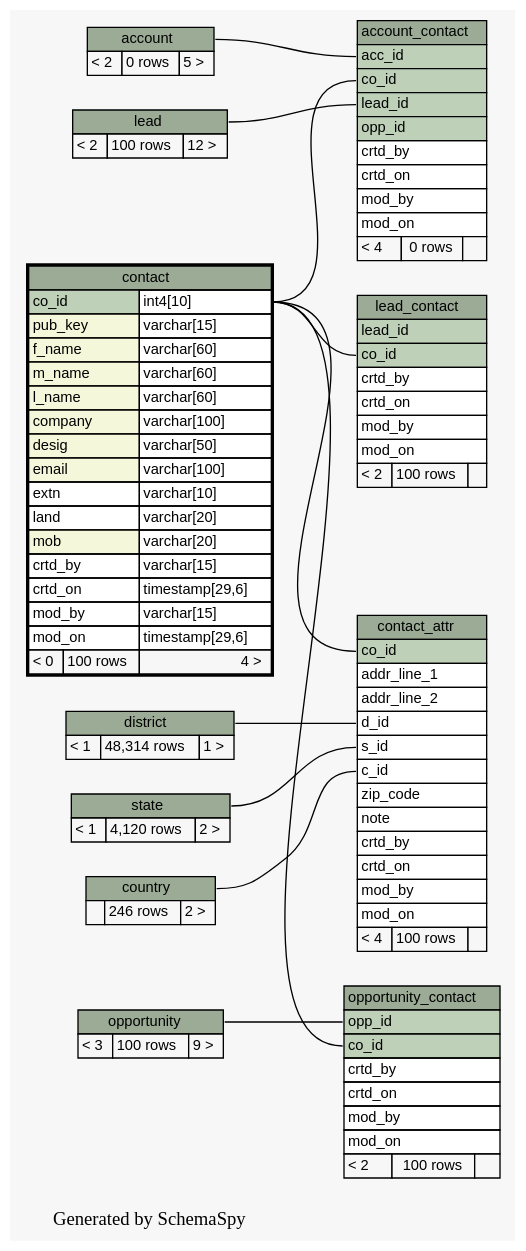
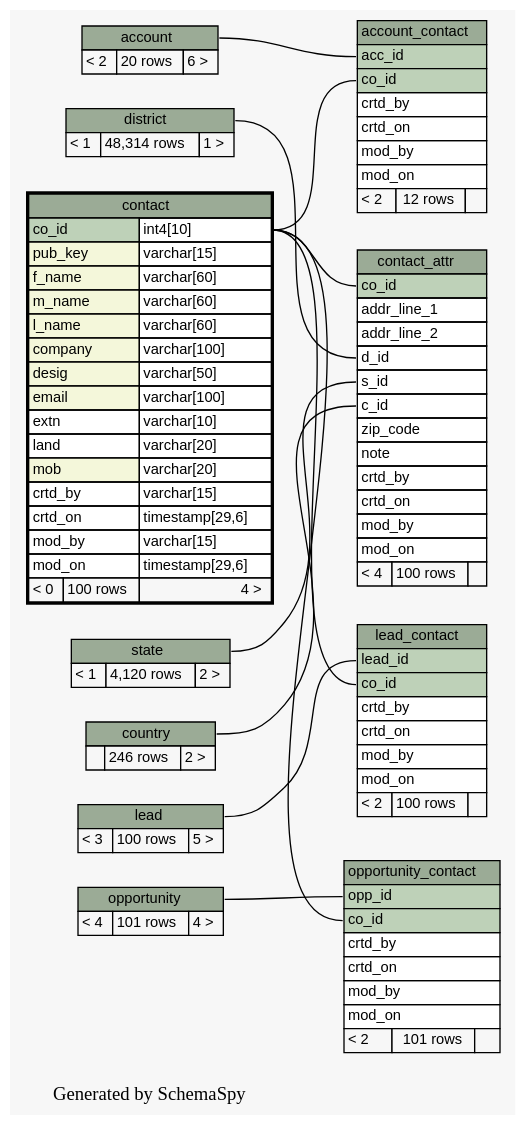
The diagram in docs/database/schemaspy/graphs/contact.2degrees.dot (engineerscraft/salesforce), drawn with Graphviz before and after one commit. The commit also changed 157 other files, not shown here.

```diff
--- a/docs/database/schemaspy/graphs/contact.2degrees.dot
+++ b/docs/database/schemaspy/graphs/contact.2degrees.dot
@@ -1,173 +1,171 @@
 // dot 2.38.0 on Windows 7 6.1
 digraph "twoDegreesRelationshipsGraph" {
   graph [
     rankdir="RL"
     bgcolor="#f7f7f7"
     label="\nGenerated by SchemaSpy"
     labeljust="l"
   ];
   node [
     fontname="Helvetica"
     fontsize="11"
     shape="plaintext"
   ];
   edge [
     arrowsize="0.8"
   ];
   "account_contact":"acc_id":w -> "account":"account.heading":e [arrowtail=crowtee arrowhead=none];
   "account_contact":"co_id":w -> "contact":"co_id.type":e [arrowtail=crowtee arrowhead=none];
-  "account_contact":"lead_id":w -> "lead":"lead.heading":e [arrowtail=crowtee arrowhead=none];
   "contact_attr":"c_id":w -> "country":"country.heading":e [arrowtail=crowodot arrowhead=none];
   "contact_attr":"co_id":w -> "contact":"co_id.type":e [arrowtail=tee arrowhead=none];
   "contact_attr":"d_id":w -> "district":"district.heading":e [arrowtail=crowodot arrowhead=none];
   "contact_attr":"s_id":w -> "state":"state.heading":e [arrowtail=crowodot arrowhead=none];
   "lead_contact":"co_id":w -> "contact":"co_id.type":e [arrowtail=crowtee arrowhead=none];
+  "lead_contact":"lead_id":w -> "lead":"lead.heading":e [arrowtail=crowtee arrowhead=none];
   "opportunity_contact":"co_id":w -> "contact":"co_id.type":e [arrowtail=crowtee arrowhead=none];
   "opportunity_contact":"opp_id":w -> "opportunity":"opportunity.heading":e [arrowtail=crowtee arrowhead=none];
   "account" [
     label=<
     <TABLE BORDER="0" CELLBORDER="1" CELLSPACING="0" BGCOLOR="#ffffff">
       <TR><TD PORT="account.heading" COLSPAN="3" BGCOLOR="#9bab96" ALIGN="CENTER">account</TD></TR>
-      <TR><TD ALIGN="LEFT" BGCOLOR="#f7f7f7">&lt; 2</TD><TD ALIGN="RIGHT" BGCOLOR="#f7f7f7">0 rows</TD><TD ALIGN="RIGHT" BGCOLOR="#f7f7f7">5 &gt;</TD></TR>
+      <TR><TD ALIGN="LEFT" BGCOLOR="#f7f7f7">&lt; 2</TD><TD ALIGN="RIGHT" BGCOLOR="#f7f7f7">20 rows</TD><TD ALIGN="RIGHT" BGCOLOR="#f7f7f7">6 &gt;</TD></TR>
     </TABLE>>
     URL="account.html#graph"
     tooltip="account"
   ];
   "account_contact" [
     label=<
     <TABLE BORDER="0" CELLBORDER="1" CELLSPACING="0" BGCOLOR="#ffffff">
       <TR><TD PORT="account_contact.heading" COLSPAN="3" BGCOLOR="#9bab96" ALIGN="CENTER">account_contact</TD></TR>
       <TR><TD PORT="acc_id" COLSPAN="3" BGCOLOR="#bed1b8" ALIGN="LEFT">acc_id</TD></TR>
       <TR><TD PORT="co_id" COLSPAN="3" BGCOLOR="#bed1b8" ALIGN="LEFT">co_id</TD></TR>
-      <TR><TD PORT="lead_id" COLSPAN="3" BGCOLOR="#bed1b8" ALIGN="LEFT">lead_id</TD></TR>
-      <TR><TD PORT="opp_id" COLSPAN="3" BGCOLOR="#bed1b8" ALIGN="LEFT">opp_id</TD></TR>
       <TR><TD PORT="crtd_by" COLSPAN="3" ALIGN="LEFT">crtd_by</TD></TR>
       <TR><TD PORT="crtd_on" COLSPAN="3" ALIGN="LEFT">crtd_on</TD></TR>
       <TR><TD PORT="mod_by" COLSPAN="3" ALIGN="LEFT">mod_by</TD></TR>
       <TR><TD PORT="mod_on" COLSPAN="3" ALIGN="LEFT">mod_on</TD></TR>
-      <TR><TD ALIGN="LEFT" BGCOLOR="#f7f7f7">&lt; 4</TD><TD ALIGN="RIGHT" BGCOLOR="#f7f7f7">0 rows</TD><TD ALIGN="RIGHT" BGCOLOR="#f7f7f7">  </TD></TR>
+      <TR><TD ALIGN="LEFT" BGCOLOR="#f7f7f7">&lt; 2</TD><TD ALIGN="RIGHT" BGCOLOR="#f7f7f7">12 rows</TD><TD ALIGN="RIGHT" BGCOLOR="#f7f7f7">  </TD></TR>
     </TABLE>>
     URL="account_contact.html#graph"
     tooltip="account_contact"
   ];
   "contact" [
     label=<
     <TABLE BORDER="2" CELLBORDER="1" CELLSPACING="0" BGCOLOR="#ffffff">
       <TR><TD PORT="contact.heading" COLSPAN="3" BGCOLOR="#9bab96" ALIGN="CENTER">contact</TD></TR>
       <TR><TD PORT="co_id" COLSPAN="2" BGCOLOR="#bed1b8" ALIGN="LEFT">co_id</TD><TD PORT="co_id.type" ALIGN="LEFT">int4[10]</TD></TR>
       <TR><TD PORT="pub_key" COLSPAN="2" BGCOLOR="#f4f7da" ALIGN="LEFT">pub_key</TD><TD PORT="pub_key.type" ALIGN="LEFT">varchar[15]</TD></TR>
       <TR><TD PORT="f_name" COLSPAN="2" BGCOLOR="#f4f7da" ALIGN="LEFT">f_name</TD><TD PORT="f_name.type" ALIGN="LEFT">varchar[60]</TD></TR>
       <TR><TD PORT="m_name" COLSPAN="2" BGCOLOR="#f4f7da" ALIGN="LEFT">m_name</TD><TD PORT="m_name.type" ALIGN="LEFT">varchar[60]</TD></TR>
       <TR><TD PORT="l_name" COLSPAN="2" BGCOLOR="#f4f7da" ALIGN="LEFT">l_name</TD><TD PORT="l_name.type" ALIGN="LEFT">varchar[60]</TD></TR>
       <TR><TD PORT="company" COLSPAN="2" BGCOLOR="#f4f7da" ALIGN="LEFT">company</TD><TD PORT="company.type" ALIGN="LEFT">varchar[100]</TD></TR>
       <TR><TD PORT="desig" COLSPAN="2" BGCOLOR="#f4f7da" ALIGN="LEFT">desig</TD><TD PORT="desig.type" ALIGN="LEFT">varchar[50]</TD></TR>
       <TR><TD PORT="email" COLSPAN="2" BGCOLOR="#f4f7da" ALIGN="LEFT">email</TD><TD PORT="email.type" ALIGN="LEFT">varchar[100]</TD></TR>
       <TR><TD PORT="extn" COLSPAN="2" ALIGN="LEFT">extn</TD><TD PORT="extn.type" ALIGN="LEFT">varchar[10]</TD></TR>
       <TR><TD PORT="land" COLSPAN="2" ALIGN="LEFT">land</TD><TD PORT="land.type" ALIGN="LEFT">varchar[20]</TD></TR>
       <TR><TD PORT="mob" COLSPAN="2" BGCOLOR="#f4f7da" ALIGN="LEFT">mob</TD><TD PORT="mob.type" ALIGN="LEFT">varchar[20]</TD></TR>
       <TR><TD PORT="crtd_by" COLSPAN="2" ALIGN="LEFT">crtd_by</TD><TD PORT="crtd_by.type" ALIGN="LEFT">varchar[15]</TD></TR>
       <TR><TD PORT="crtd_on" COLSPAN="2" ALIGN="LEFT">crtd_on</TD><TD PORT="crtd_on.type" ALIGN="LEFT">timestamp[29,6]</TD></TR>
       <TR><TD PORT="mod_by" COLSPAN="2" ALIGN="LEFT">mod_by</TD><TD PORT="mod_by.type" ALIGN="LEFT">varchar[15]</TD></TR>
       <TR><TD PORT="mod_on" COLSPAN="2" ALIGN="LEFT">mod_on</TD><TD PORT="mod_on.type" ALIGN="LEFT">timestamp[29,6]</TD></TR>
       <TR><TD ALIGN="LEFT" BGCOLOR="#f7f7f7">&lt; 0</TD><TD ALIGN="RIGHT" BGCOLOR="#f7f7f7">100 rows</TD><TD ALIGN="RIGHT" BGCOLOR="#f7f7f7">4 &gt;</TD></TR>
     </TABLE>>
     URL="contact.html#"
     tooltip="contact"
   ];
   "contact_attr" [
     label=<
     <TABLE BORDER="0" CELLBORDER="1" CELLSPACING="0" BGCOLOR="#ffffff">
       <TR><TD PORT="contact_attr.heading" COLSPAN="3" BGCOLOR="#9bab96" ALIGN="CENTER">contact_attr</TD></TR>
       <TR><TD PORT="co_id" COLSPAN="3" BGCOLOR="#bed1b8" ALIGN="LEFT">co_id</TD></TR>
       <TR><TD PORT="addr_line_1" COLSPAN="3" ALIGN="LEFT">addr_line_1</TD></TR>
       <TR><TD PORT="addr_line_2" COLSPAN="3" ALIGN="LEFT">addr_line_2</TD></TR>
       <TR><TD PORT="d_id" COLSPAN="3" ALIGN="LEFT">d_id</TD></TR>
       <TR><TD PORT="s_id" COLSPAN="3" ALIGN="LEFT">s_id</TD></TR>
       <TR><TD PORT="c_id" COLSPAN="3" ALIGN="LEFT">c_id</TD></TR>
       <TR><TD PORT="zip_code" COLSPAN="3" ALIGN="LEFT">zip_code</TD></TR>
       <TR><TD PORT="note" COLSPAN="3" ALIGN="LEFT">note</TD></TR>
       <TR><TD PORT="crtd_by" COLSPAN="3" ALIGN="LEFT">crtd_by</TD></TR>
       <TR><TD PORT="crtd_on" COLSPAN="3" ALIGN="LEFT">crtd_on</TD></TR>
       <TR><TD PORT="mod_by" COLSPAN="3" ALIGN="LEFT">mod_by</TD></TR>
       <TR><TD PORT="mod_on" COLSPAN="3" ALIGN="LEFT">mod_on</TD></TR>
       <TR><TD ALIGN="LEFT" BGCOLOR="#f7f7f7">&lt; 4</TD><TD ALIGN="RIGHT" BGCOLOR="#f7f7f7">100 rows</TD><TD ALIGN="RIGHT" BGCOLOR="#f7f7f7">  </TD></TR>
     </TABLE>>
     URL="contact_attr.html#graph"
     tooltip="contact_attr"
   ];
   "country" [
     label=<
     <TABLE BORDER="0" CELLBORDER="1" CELLSPACING="0" BGCOLOR="#ffffff">
       <TR><TD PORT="country.heading" COLSPAN="3" BGCOLOR="#9bab96" ALIGN="CENTER">country</TD></TR>
       <TR><TD ALIGN="LEFT" BGCOLOR="#f7f7f7">  </TD><TD ALIGN="RIGHT" BGCOLOR="#f7f7f7">246 rows</TD><TD ALIGN="RIGHT" BGCOLOR="#f7f7f7">2 &gt;</TD></TR>
     </TABLE>>
     URL="country.html#graph"
     tooltip="country"
   ];
   "district" [
     label=<
     <TABLE BORDER="0" CELLBORDER="1" CELLSPACING="0" BGCOLOR="#ffffff">
       <TR><TD PORT="district.heading" COLSPAN="3" BGCOLOR="#9bab96" ALIGN="CENTER">district</TD></TR>
       <TR><TD ALIGN="LEFT" BGCOLOR="#f7f7f7">&lt; 1</TD><TD ALIGN="RIGHT" BGCOLOR="#f7f7f7">48,314 rows</TD><TD ALIGN="RIGHT" BGCOLOR="#f7f7f7">1 &gt;</TD></TR>
     </TABLE>>
     URL="district.html#graph"
     tooltip="district"
   ];
   "lead" [
     label=<
     <TABLE BORDER="0" CELLBORDER="1" CELLSPACING="0" BGCOLOR="#ffffff">
       <TR><TD PORT="lead.heading" COLSPAN="3" BGCOLOR="#9bab96" ALIGN="CENTER">lead</TD></TR>
-      <TR><TD ALIGN="LEFT" BGCOLOR="#f7f7f7">&lt; 2</TD><TD ALIGN="RIGHT" BGCOLOR="#f7f7f7">100 rows</TD><TD ALIGN="RIGHT" BGCOLOR="#f7f7f7">12 &gt;</TD></TR>
+      <TR><TD ALIGN="LEFT" BGCOLOR="#f7f7f7">&lt; 3</TD><TD ALIGN="RIGHT" BGCOLOR="#f7f7f7">100 rows</TD><TD ALIGN="RIGHT" BGCOLOR="#f7f7f7">5 &gt;</TD></TR>
     </TABLE>>
     URL="lead.html#graph"
     tooltip="lead"
   ];
   "lead_contact" [
     label=<
     <TABLE BORDER="0" CELLBORDER="1" CELLSPACING="0" BGCOLOR="#ffffff">
       <TR><TD PORT="lead_contact.heading" COLSPAN="3" BGCOLOR="#9bab96" ALIGN="CENTER">lead_contact</TD></TR>
       <TR><TD PORT="lead_id" COLSPAN="3" BGCOLOR="#bed1b8" ALIGN="LEFT">lead_id</TD></TR>
       <TR><TD PORT="co_id" COLSPAN="3" BGCOLOR="#bed1b8" ALIGN="LEFT">co_id</TD></TR>
       <TR><TD PORT="crtd_by" COLSPAN="3" ALIGN="LEFT">crtd_by</TD></TR>
       <TR><TD PORT="crtd_on" COLSPAN="3" ALIGN="LEFT">crtd_on</TD></TR>
       <TR><TD PORT="mod_by" COLSPAN="3" ALIGN="LEFT">mod_by</TD></TR>
       <TR><TD PORT="mod_on" COLSPAN="3" ALIGN="LEFT">mod_on</TD></TR>
       <TR><TD ALIGN="LEFT" BGCOLOR="#f7f7f7">&lt; 2</TD><TD ALIGN="RIGHT" BGCOLOR="#f7f7f7">100 rows</TD><TD ALIGN="RIGHT" BGCOLOR="#f7f7f7">  </TD></TR>
     </TABLE>>
     URL="lead_contact.html#graph"
     tooltip="lead_contact"
   ];
   "opportunity" [
     label=<
     <TABLE BORDER="0" CELLBORDER="1" CELLSPACING="0" BGCOLOR="#ffffff">
       <TR><TD PORT="opportunity.heading" COLSPAN="3" BGCOLOR="#9bab96" ALIGN="CENTER">opportunity</TD></TR>
-      <TR><TD ALIGN="LEFT" BGCOLOR="#f7f7f7">&lt; 3</TD><TD ALIGN="RIGHT" BGCOLOR="#f7f7f7">100 rows</TD><TD ALIGN="RIGHT" BGCOLOR="#f7f7f7">9 &gt;</TD></TR>
+      <TR><TD ALIGN="LEFT" BGCOLOR="#f7f7f7">&lt; 4</TD><TD ALIGN="RIGHT" BGCOLOR="#f7f7f7">101 rows</TD><TD ALIGN="RIGHT" BGCOLOR="#f7f7f7">4 &gt;</TD></TR>
     </TABLE>>
     URL="opportunity.html#graph"
     tooltip="opportunity"
   ];
   "opportunity_contact" [
     label=<
     <TABLE BORDER="0" CELLBORDER="1" CELLSPACING="0" BGCOLOR="#ffffff">
       <TR><TD PORT="opportunity_contact.heading" COLSPAN="3" BGCOLOR="#9bab96" ALIGN="CENTER">opportunity_contact</TD></TR>
       <TR><TD PORT="opp_id" COLSPAN="3" BGCOLOR="#bed1b8" ALIGN="LEFT">opp_id</TD></TR>
       <TR><TD PORT="co_id" COLSPAN="3" BGCOLOR="#bed1b8" ALIGN="LEFT">co_id</TD></TR>
       <TR><TD PORT="crtd_by" COLSPAN="3" ALIGN="LEFT">crtd_by</TD></TR>
       <TR><TD PORT="crtd_on" COLSPAN="3" ALIGN="LEFT">crtd_on</TD></TR>
       <TR><TD PORT="mod_by" COLSPAN="3" ALIGN="LEFT">mod_by</TD></TR>
       <TR><TD PORT="mod_on" COLSPAN="3" ALIGN="LEFT">mod_on</TD></TR>
-      <TR><TD ALIGN="LEFT" BGCOLOR="#f7f7f7">&lt; 2</TD><TD ALIGN="RIGHT" BGCOLOR="#f7f7f7">100 rows</TD><TD ALIGN="RIGHT" BGCOLOR="#f7f7f7">  </TD></TR>
+      <TR><TD ALIGN="LEFT" BGCOLOR="#f7f7f7">&lt; 2</TD><TD ALIGN="RIGHT" BGCOLOR="#f7f7f7">101 rows</TD><TD ALIGN="RIGHT" BGCOLOR="#f7f7f7">  </TD></TR>
     </TABLE>>
     URL="opportunity_contact.html#graph"
     tooltip="opportunity_contact"
   ];
   "state" [
     label=<
     <TABLE BORDER="0" CELLBORDER="1" CELLSPACING="0" BGCOLOR="#ffffff">
       <TR><TD PORT="state.heading" COLSPAN="3" BGCOLOR="#9bab96" ALIGN="CENTER">state</TD></TR>
       <TR><TD ALIGN="LEFT" BGCOLOR="#f7f7f7">&lt; 1</TD><TD ALIGN="RIGHT" BGCOLOR="#f7f7f7">4,120 rows</TD><TD ALIGN="RIGHT" BGCOLOR="#f7f7f7">2 &gt;</TD></TR>
     </TABLE>>
     URL="state.html#graph"
     tooltip="state"
   ];
 }
```
